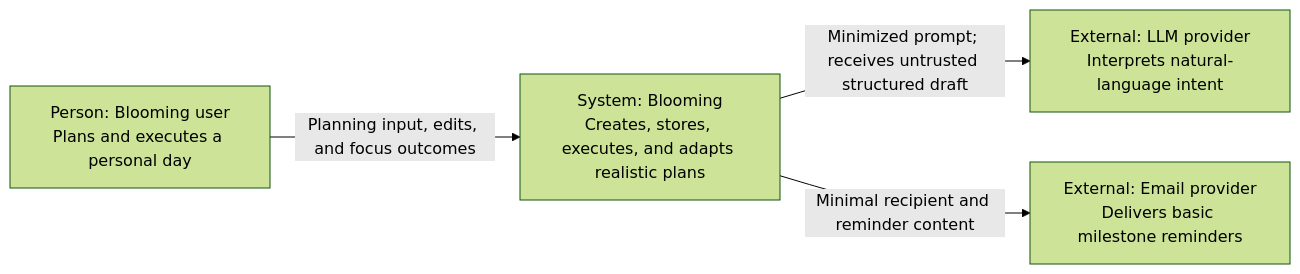
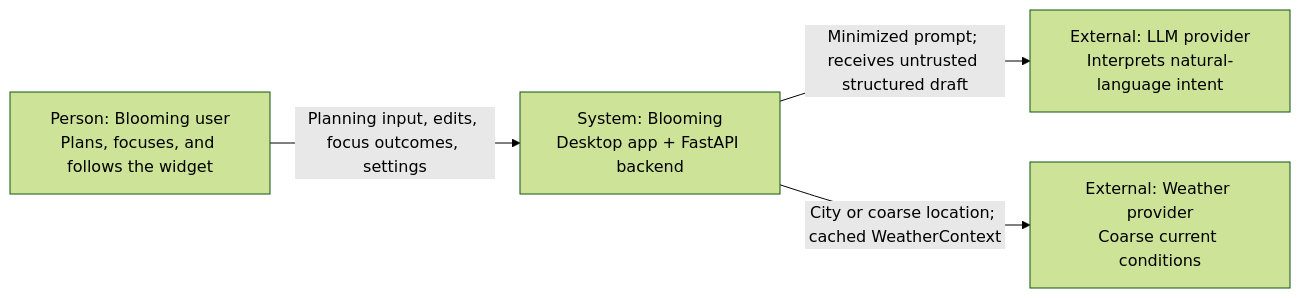
One commit to Plaminh/Blooming changed the diagram in docs/06-architecture/system-context.md. Above: the diagram before and after it, drawn with Mermaid (forest theme). The commit also changed other lines of this file and 30 other files, not shown here.

````diff
--- a/docs/06-architecture/system-context.md
+++ b/docs/06-architecture/system-context.md
@@ -17,10 +19,10 @@
 ```mermaid
 flowchart LR
-    User["Person: Blooming user\nPlans and executes a personal day"]
-    Blooming["System: Blooming\nCreates, stores, executes, and adapts realistic plans"]
+    User["Person: Blooming user\nPlans, focuses, and follows the widget"]
+    Blooming["System: Blooming\nDesktop app + FastAPI backend"]
     LLM["External: LLM provider\nInterprets natural-language intent"]
-    Email["External: Email provider\nDelivers basic milestone reminders"]
-    User -->|"Planning input, edits, and focus outcomes"| Blooming
+    Weather["External: Weather provider\nCoarse current conditions"]
+    User -->|"Planning input, edits, focus outcomes, settings"| Blooming
     Blooming -->|"Minimized prompt; receives untrusted structured draft"| LLM
-    Blooming -->|"Minimal recipient and reminder content"| Email
+    Blooming -->|"City or coarse location; cached WeatherContext"| Weather
 ```
````
